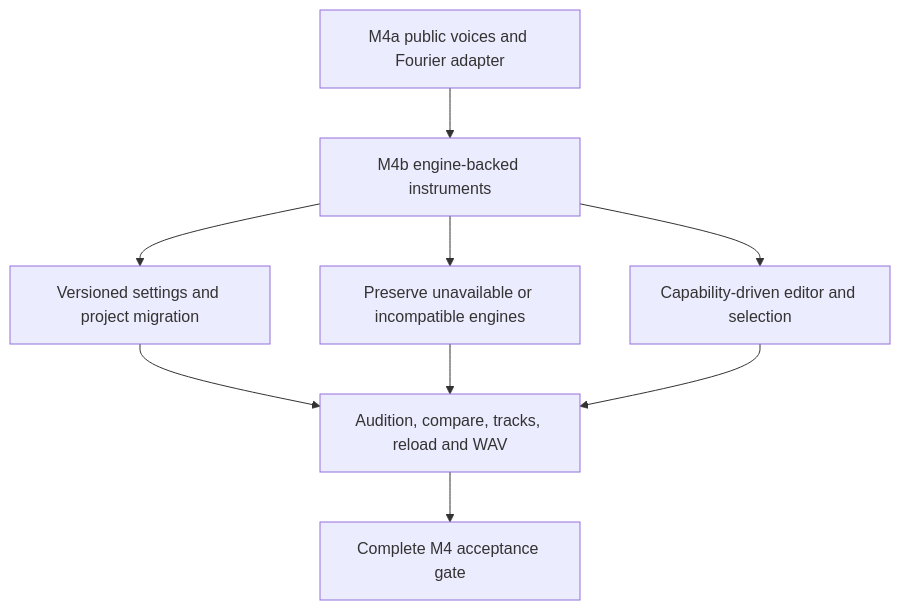
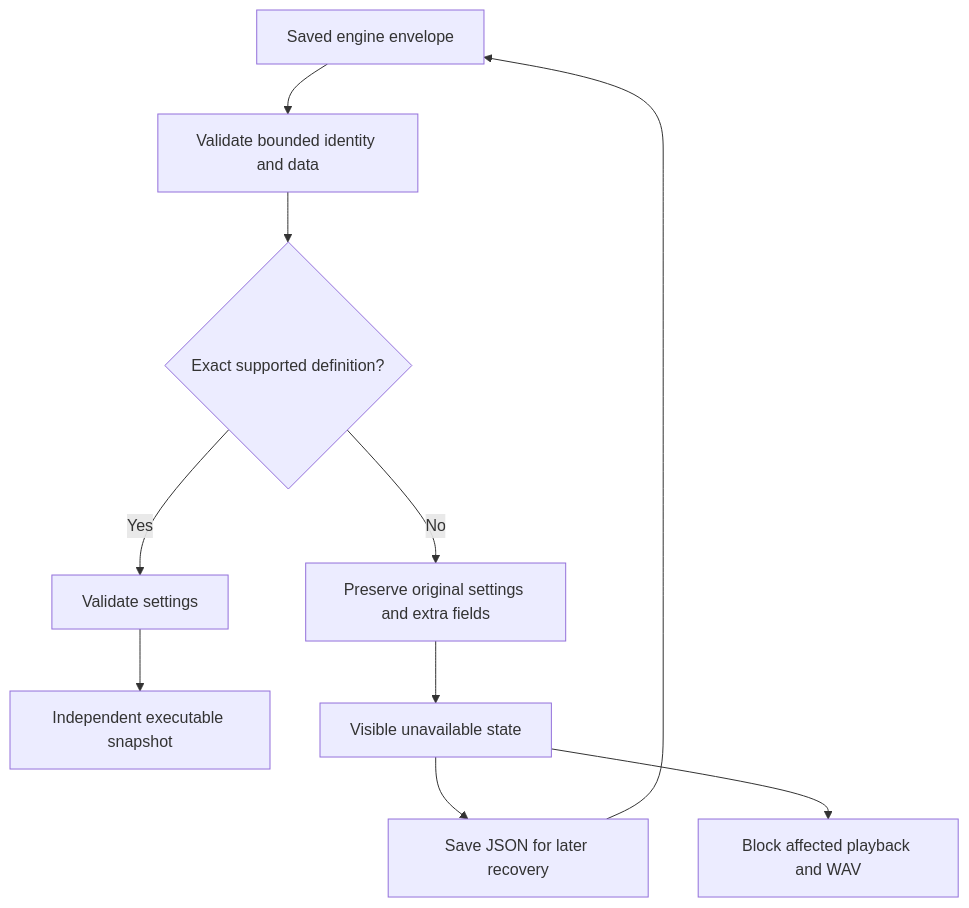
One commit to Monykus7/FourPataka changed the third of 3 diagrams in docs/extensions/ENGINE_FOUNDATION.md. Above: the diagram before and after it, drawn with Mermaid. The commit also changed other lines of this file and 10 other files, not shown here.

Commit message:
docs(engines): document schema4 contributors and cross-engine lifecycle

````diff
--- a/docs/extensions/ENGINE_FOUNDATION.md
+++ b/docs/extensions/ENGINE_FOUNDATION.md
@@ -110,11 +90,12 @@
 ```mermaid
 flowchart TD
-    Today[M4a public voices and Fourier adapter] --> Next[M4b engine-backed instruments]
-    Next --> Save[Versioned settings and project migration]
-    Next --> Recovery[Preserve unavailable or incompatible engines]
-    Next --> Controls[Capability-driven editor and selection]
-    Save --> Proof[Audition, compare, tracks, reload and WAV]
-    Recovery --> Proof
-    Controls --> Proof
-    Proof --> Gate[Complete M4 acceptance gate]
+    Import[Saved engine envelope] --> Bounds[Validate bounded identity and data]
+    Bounds --> Version{Exact supported definition?}
+    Version -->|Yes| Settings[Validate settings]
+    Settings --> Owned[Independent executable snapshot]
+    Version -->|No| Park[Preserve original settings and extra fields]
+    Park --> Notice[Visible unavailable state]
+    Notice --> Save[Save JSON for later recovery]
+    Notice --> Block[Block affected playback and WAV]
+    Save --> Import
 ```
````
